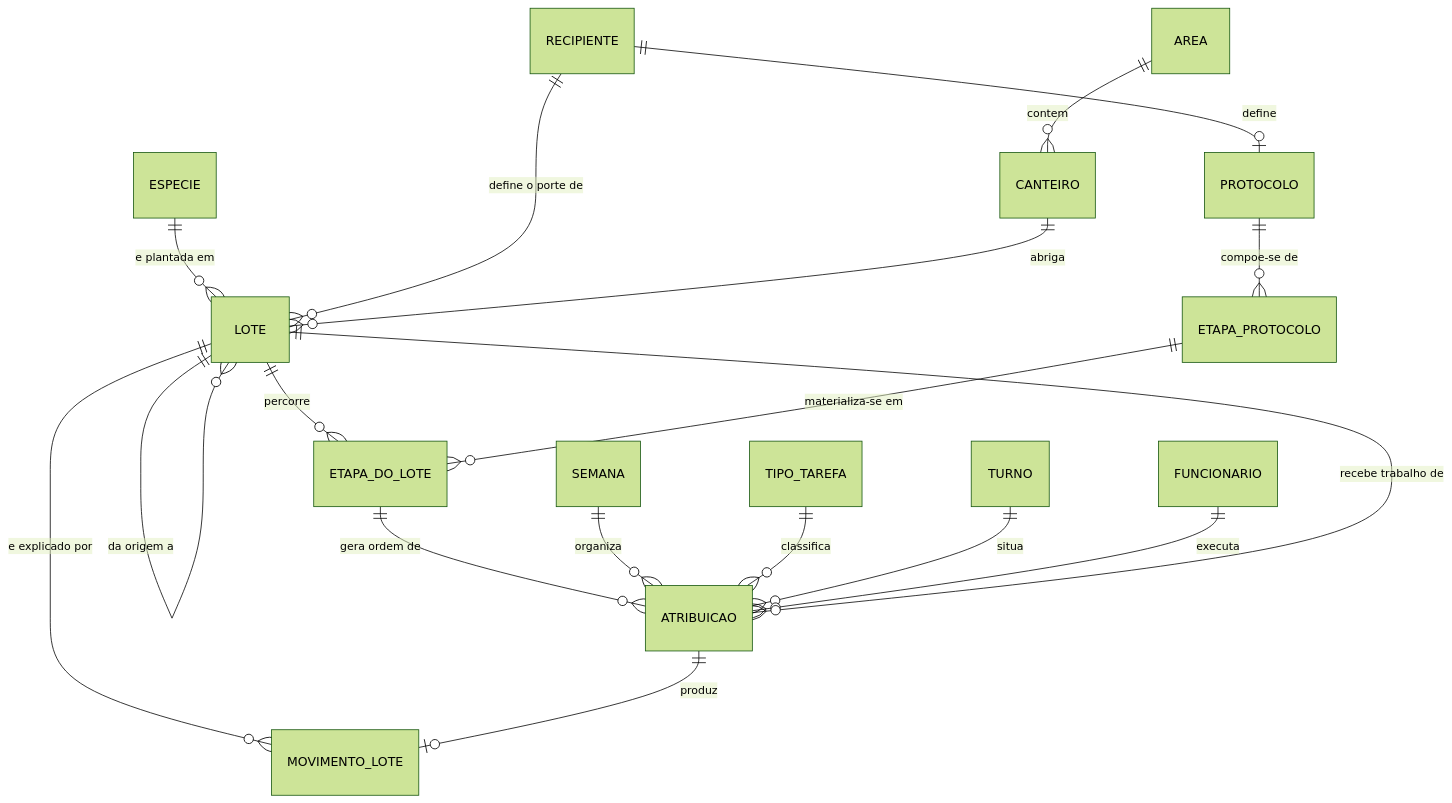
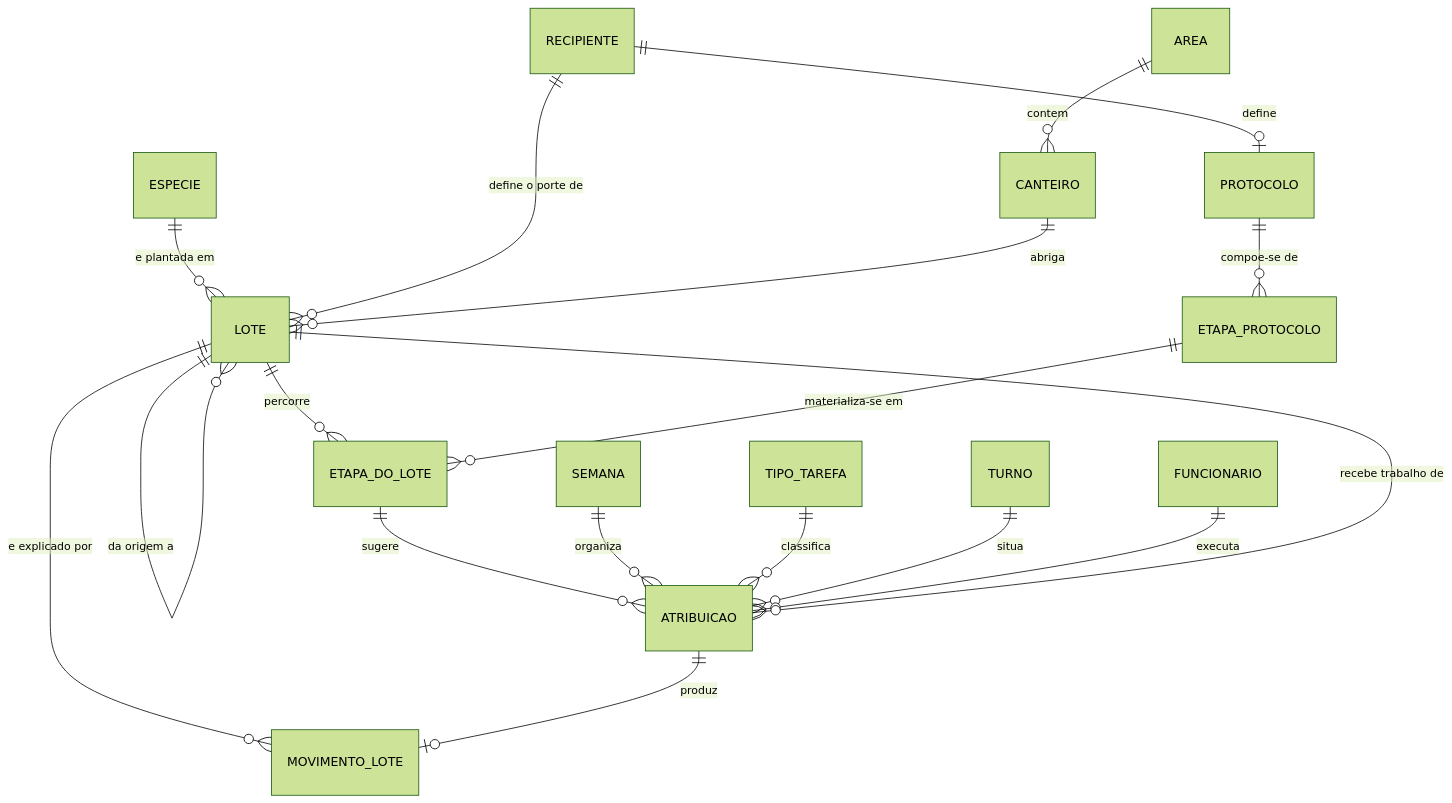
One commit to JoaoMudar/tcc changed the diagram in docs/engenharia/modelo-dados-pt/mmd/fig06-conceitual-producao.mmd. Above: the diagram before and after it, drawn with Mermaid (forest theme). The commit also changed 87 other files, not shown here.

```diff
--- a/docs/engenharia/modelo-dados-pt/mmd/fig06-conceitual-producao.mmd
+++ b/docs/engenharia/modelo-dados-pt/mmd/fig06-conceitual-producao.mmd
@@ -1,18 +1,18 @@
 erDiagram
   ESPECIE      ||--o{ LOTE           : "e plantada em"
   RECIPIENTE   ||--o{ LOTE           : "define o porte de"
   AREA         ||--o{ CANTEIRO       : "contem"
   CANTEIRO     ||--o{ LOTE           : "abriga"
   LOTE         ||--o{ LOTE           : "da origem a"
   LOTE         ||--o{ MOVIMENTO_LOTE : "e explicado por"
   LOTE         ||--o{ ETAPA_DO_LOTE  : "percorre"
   RECIPIENTE   ||--o| PROTOCOLO      : "define"
   PROTOCOLO    ||--o{ ETAPA_PROTOCOLO : "compoe-se de"
   ETAPA_PROTOCOLO ||--o{ ETAPA_DO_LOTE : "materializa-se em"
-  ETAPA_DO_LOTE ||--o{ ATRIBUICAO    : "gera ordem de"
+  ETAPA_DO_LOTE ||--o{ ATRIBUICAO    : "sugere"
   SEMANA       ||--o{ ATRIBUICAO     : "organiza"
   TIPO_TAREFA  ||--o{ ATRIBUICAO     : "classifica"
   TURNO        ||--o{ ATRIBUICAO     : "situa"
   FUNCIONARIO  ||--o{ ATRIBUICAO     : "executa"
   LOTE         ||--o{ ATRIBUICAO     : "recebe trabalho de"
   ATRIBUICAO   ||--o| MOVIMENTO_LOTE : "produz"
```
